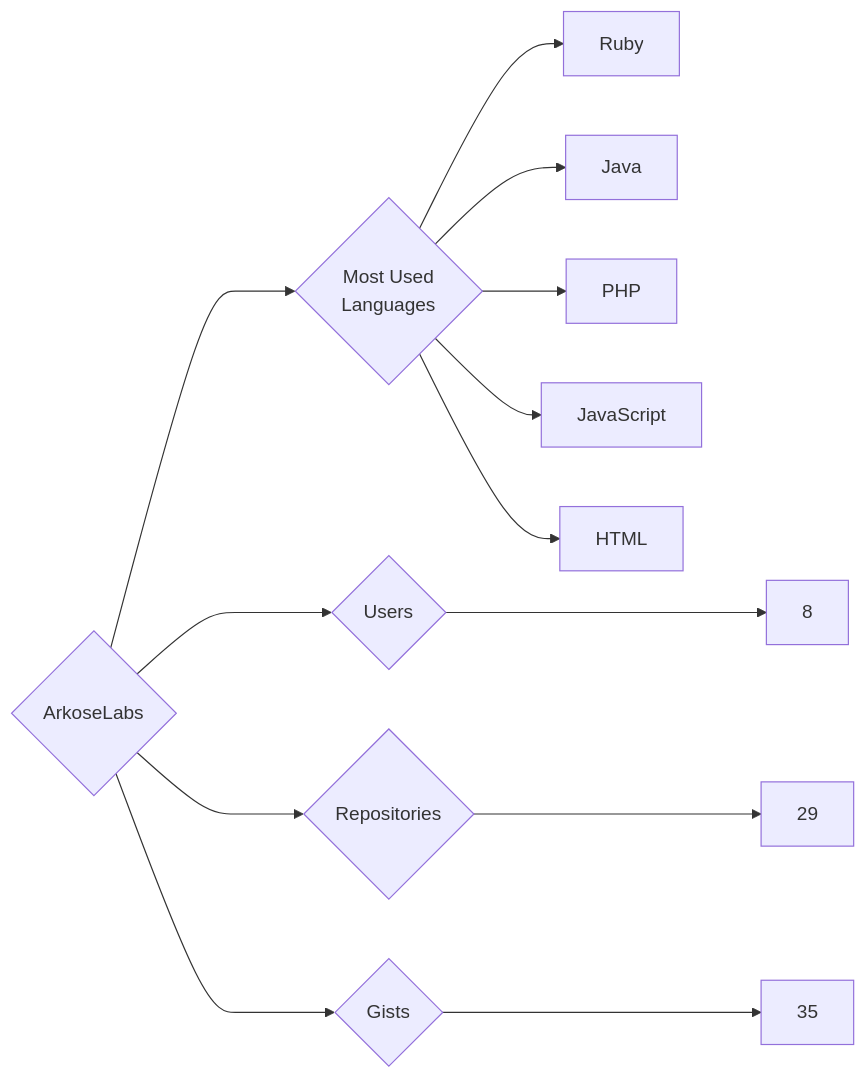
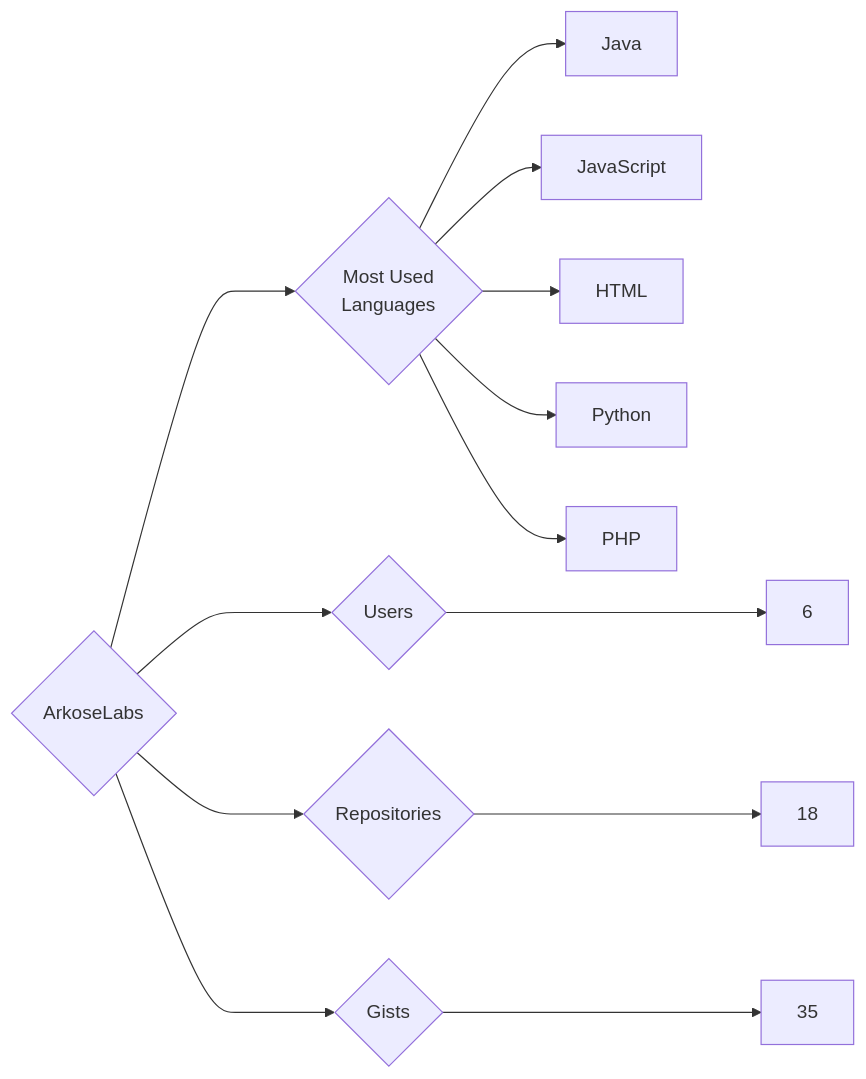
The diagram in targets/ArkoseLabs/README.md (trickest/insiders), drawn with Mermaid before and after one commit. The commit also changed 1120 other files, not shown here.

````diff
--- a/targets/ArkoseLabs/README.md
+++ b/targets/ArkoseLabs/README.md
@@ -3,13 +3,13 @@
 ```mermaid
 graph LR
 COMPANY_NAME{ArkoseLabs}
-COMPANY_NAME ---> U{Users} ---> UN[8]
-COMPANY_NAME ---> R{Repositories} ---> RN[29]
+COMPANY_NAME ---> U{Users} ---> UN[6]
+COMPANY_NAME ---> R{Repositories} ---> RN[18]
 COMPANY_NAME ---> G{Gists} ---> GN[35]
 COMPANY_NAME ---> ML{Most Used<br>Languages}
-ML --> Ruby[Ruby]
 ML --> Java[Java]
-ML --> PHP[PHP]
 ML --> JavaScript[JavaScript]
 ML --> HTML[HTML]
+ML --> Python[Python]
+ML --> PHP[PHP]
 ```
````
